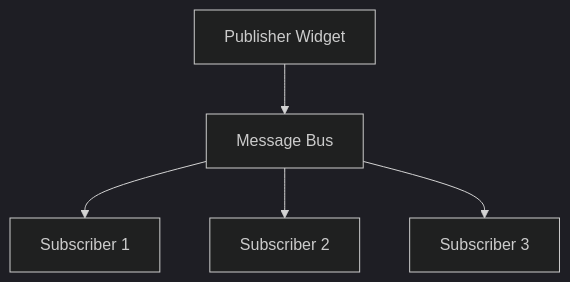
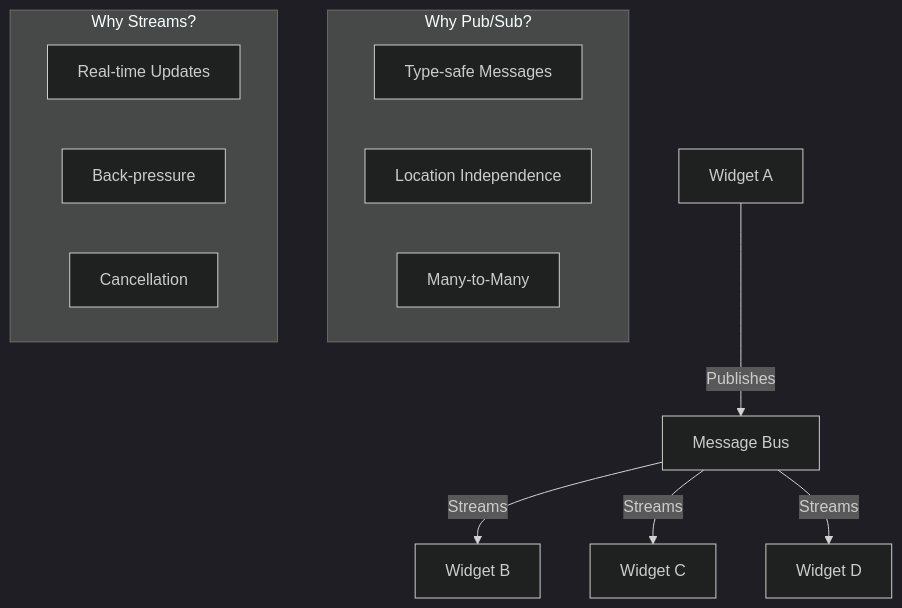
The second of 5 diagrams in dream/001-widget-communication.md (usirin/monorepo), drawn with Mermaid (dark theme) before and after one commit. The commit also changed other lines of this file, not shown here.

````diff
--- a/dream/001-widget-communication.md
+++ b/dream/001-widget-communication.md
@@ -57,7 +45,19 @@
 ```mermaid
 graph TD
-    A[Publisher Widget] --> B[Message Bus]
-    B --> C[Subscriber 1]
-    B --> D[Subscriber 2]
-    B --> E[Subscriber 3]
+    A[Widget A] -->|Publishes| B[Message Bus]
+    B -->|Streams| C[Widget B]
+    B -->|Streams| D[Widget C]
+    B -->|Streams| E[Widget D]
+    
+    subgraph "Why Pub/Sub?"
+        F[Type-safe Messages]
+        G[Location Independence]
+        H[Many-to-Many]
+    end
+    
+    subgraph "Why Streams?"
+        I[Real-time Updates]
+        J[Back-pressure]
+        K[Cancellation]
+    end
 ```
````
